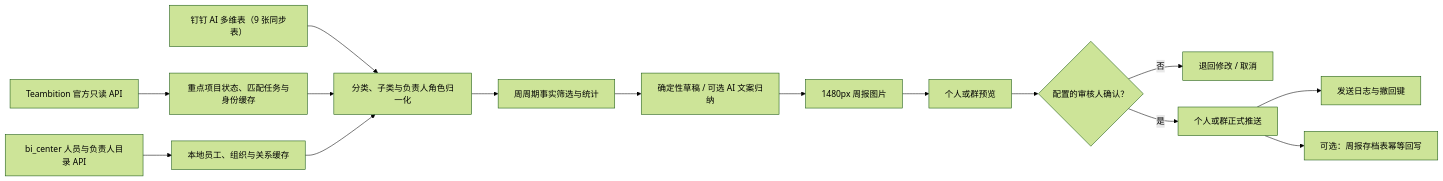
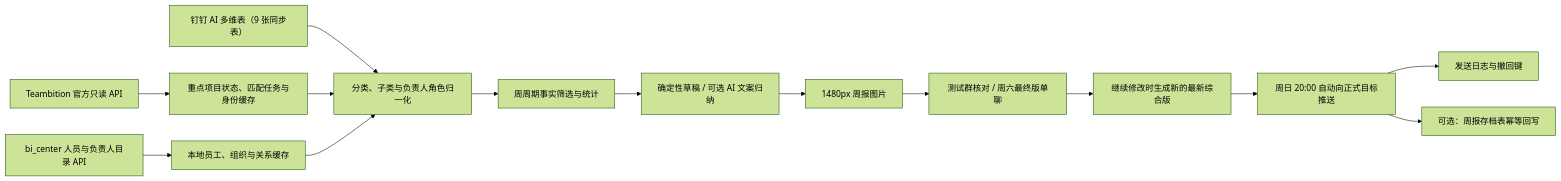
The diagram in docs/architecture.md (Max0314/weekly_report_assistant), drawn with Mermaid (forest theme) before and after one commit. The commit also changed other lines of this file and 13 other files, not shown here.

````diff
--- a/docs/architecture.md
+++ b/docs/architecture.md
@@ -5,17 +5,16 @@
 ```mermaid
 flowchart LR
   A["钉钉 AI 多维表（9 张同步表）"] --> B["分类、子类与负责人角色归一化"]
   T["Teambition 官方只读 API"] --> U["重点项目状态、匹配任务与身份缓存"]
   U --> B
   C["bi_center 人员与负责人目录 API"] --> D["本地员工、组织与关系缓存"]
   D --> B
   B --> E["周周期事实筛选与统计"]
   E --> F["确定性草稿 / 可选 AI 文案归纳"]
   F --> G["1480px 周报图片"]
-  G --> H["个人或群预览"]
-  H --> I{"配置的审核人确认？"}
-  I -- 否 --> J["退回修改 / 取消"]
-  I -- 是 --> K["个人或群正式推送"]
+  G --> H["测试群核对 / 周六最终版单聊"]
+  H --> I["继续修改时生成新的最新综合版"]
+  I --> K["周日 20:00 自动向正式目标推送"]
   K --> L["发送日志与撤回键"]
   K --> M["可选：周报存档表幂等回写"]
 ```
````
